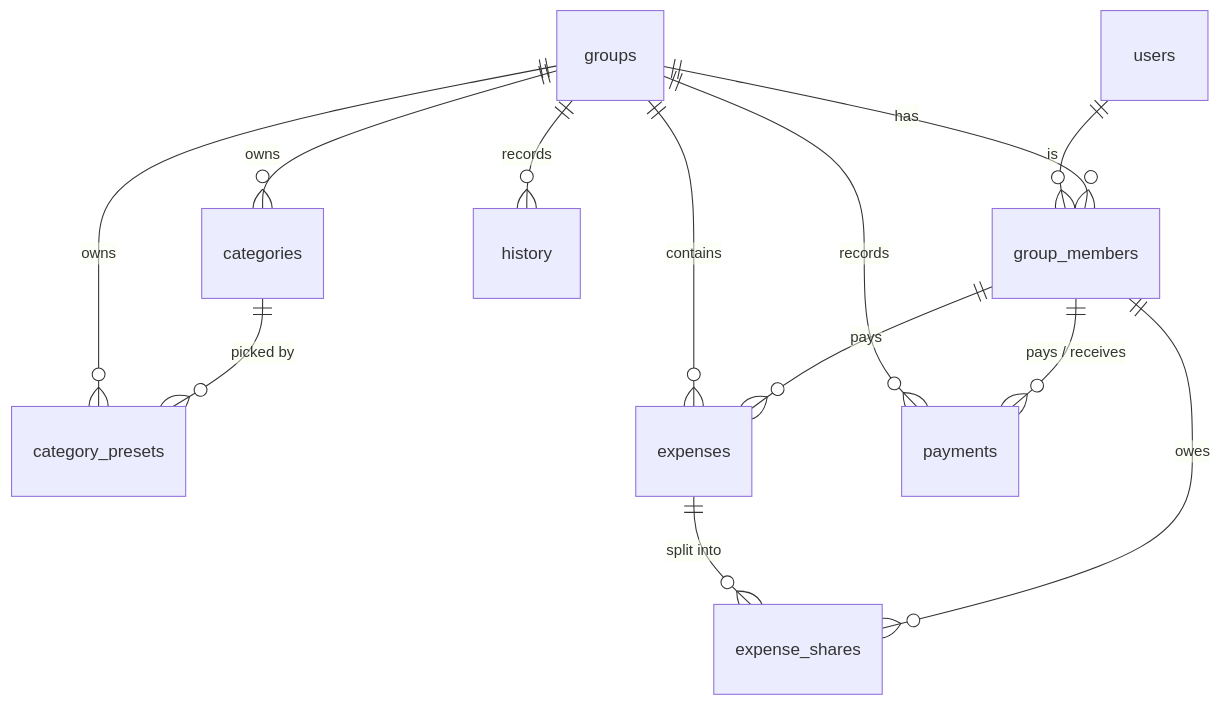
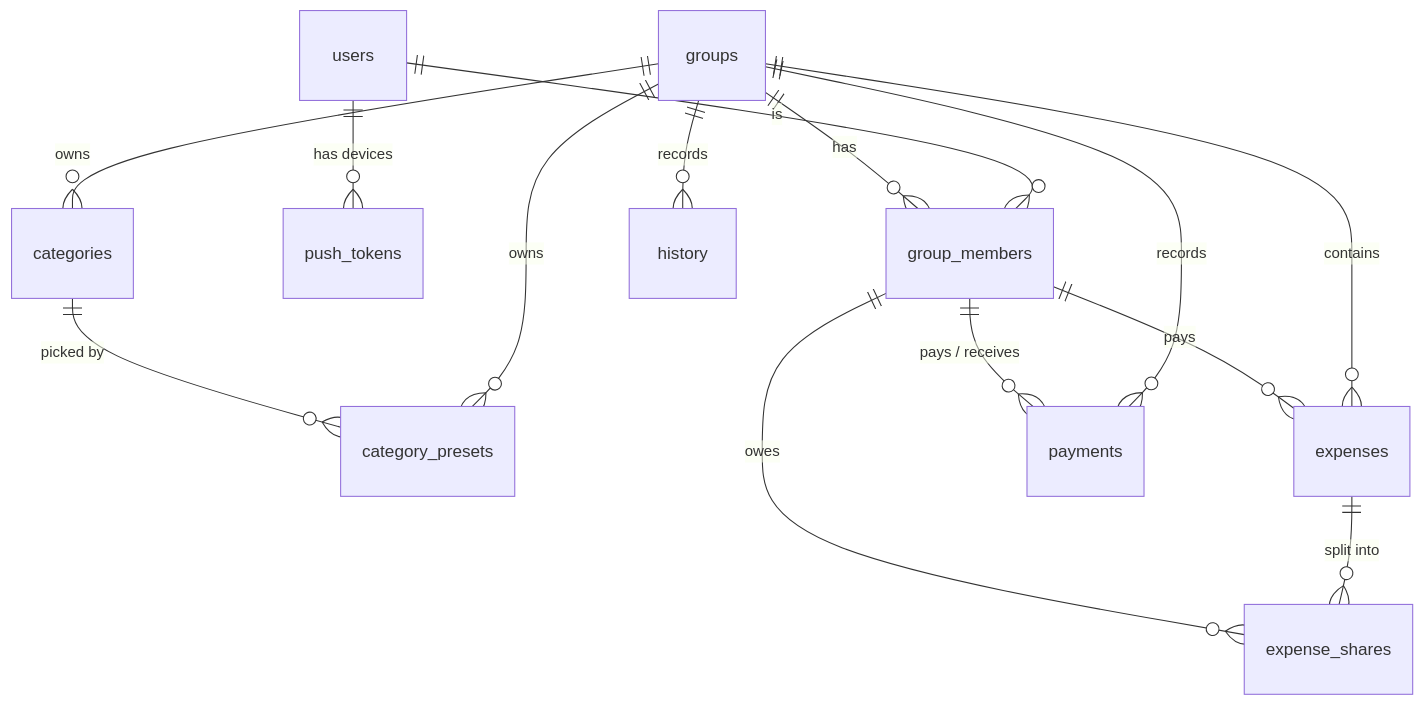
Before and after one commit to Frankovg/split-ranch: the diagram in docs/02-data-model.md, drawn with Mermaid. The commit also changed other lines of this file and 60 other files, not shown here.

````diff
--- a/docs/02-data-model.md
+++ b/docs/02-data-model.md
@@ -18,15 +18,16 @@
 ```mermaid
 erDiagram
   users ||--o{ group_members : "is"
+  users ||--o{ push_tokens : "has devices"
   groups ||--o{ group_members : has
   groups ||--o{ categories : owns
   groups ||--o{ category_presets : owns
   categories ||--o{ category_presets : "picked by"
   groups ||--o{ expenses : contains
   groups ||--o{ payments : records
   groups ||--o{ history : records
   group_members ||--o{ expenses : pays
   expenses ||--o{ expense_shares : "split into"
   group_members ||--o{ expense_shares : owes
   group_members ||--o{ payments : "pays / receives"
 ```
````
